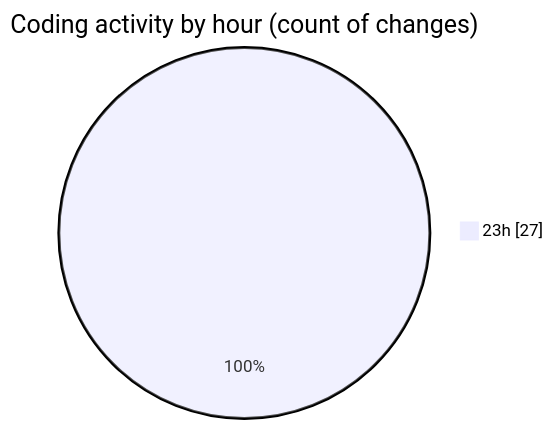
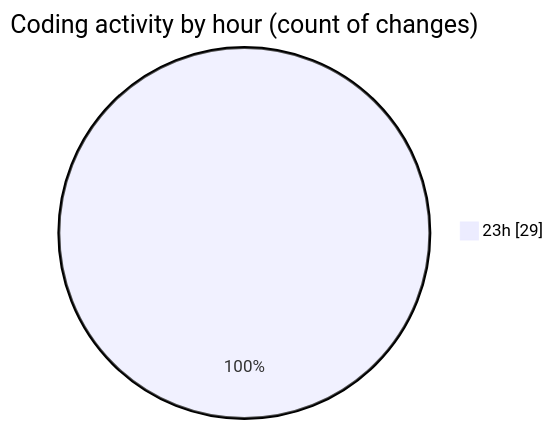
The second of 2 diagrams in 2026-11-02/taskforge/README.md (hasnaa123/code-tracking), drawn with Mermaid before and after one commit. The commit also changed other lines of this file and 1 other file, not shown here.

````diff
--- a/2026-11-02/taskforge/README.md
+++ b/2026-11-02/taskforge/README.md
@@ -30,5 +30,5 @@
 ```mermaid
 pie showData
 title Coding activity by hour (count of changes)
-"23h" : 27
+"23h" : 29
 ```
````
